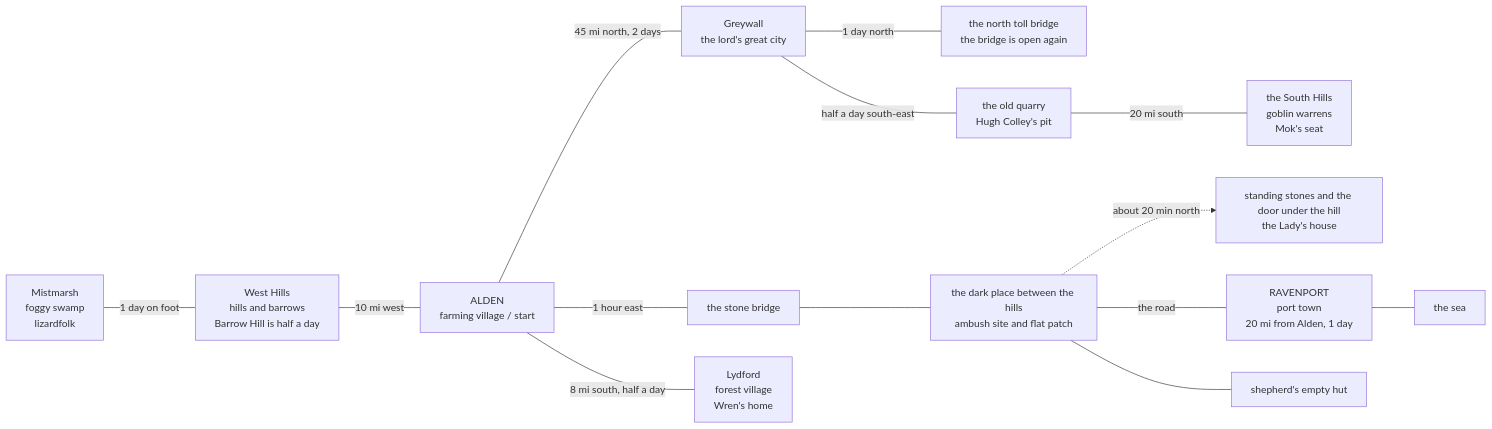
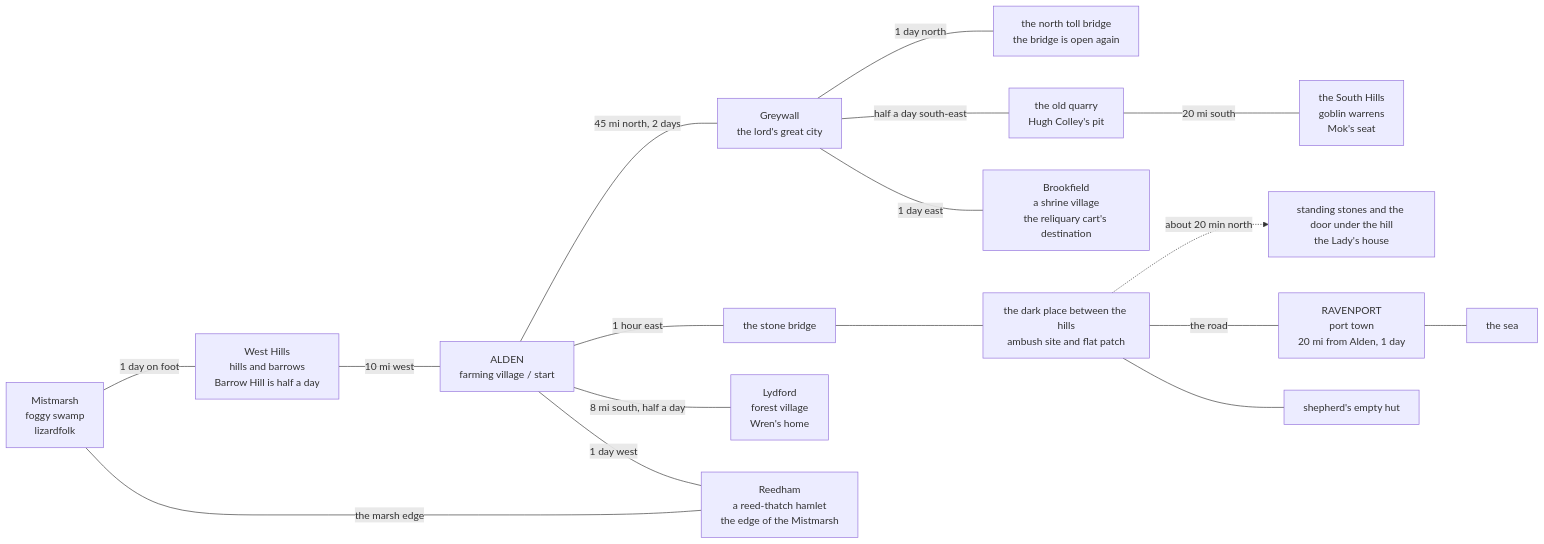
Before and after one commit to goblin-fish/pico-pub: the diagram in dungeons/world-settings-en.md, drawn with Mermaid. The commit also changed other lines of this file and 5 other files, not shown here.

````diff
--- a/dungeons/world-settings-en.md
+++ b/dungeons/world-settings-en.md
@@ -8,16 +8,19 @@
 ```mermaid
 flowchart LR
     MM["Mistmarsh<br/>foggy swamp<br/>lizardfolk"] ---|1 day on foot| WH["West Hills<br/>hills and barrows<br/>Barrow Hill is half a day"]
     WH ---|10 mi west| ALD["ALDEN<br/>farming village / start"]
     GW ---|1 day north| TB["the north toll bridge<br/>the bridge is open again"]
     ALD ---|45 mi north, 2 days| GW["Greywall<br/>the lord's great city"]
     GW ---|half a day south-east| QU["the old quarry<br/>Hugh Colley's pit"]
     QU ---|20 mi south| SH["the South Hills<br/>goblin warrens<br/>Mok's seat"]
     ALD ---|1 hour east| SB["the stone bridge"]
     SB --- AMB["the dark place between the hills<br/>ambush site and flat patch"]
     AMB -.->|about 20 min north| ST["standing stones and the door under the hill<br/>the Lady's house"]
     AMB ---|the road| RP["RAVENPORT<br/>port town<br/>20 mi from Alden, 1 day"]
     AMB --- HUT["shepherd's empty hut"]
     RP --- SEA["the sea"]
     ALD ---|8 mi south, half a day| LYD["Lydford<br/>forest village<br/>Wren's home"]
+    ALD ---|1 day west| RD["Reedham<br/>a reed-thatch hamlet<br/>the edge of the Mistmarsh"]
+    RD ---|the marsh edge| MM
+    GW ---|1 day east| BF["Brookfield<br/>a shrine village<br/>the reliquary cart's destination"]
 ```
````
